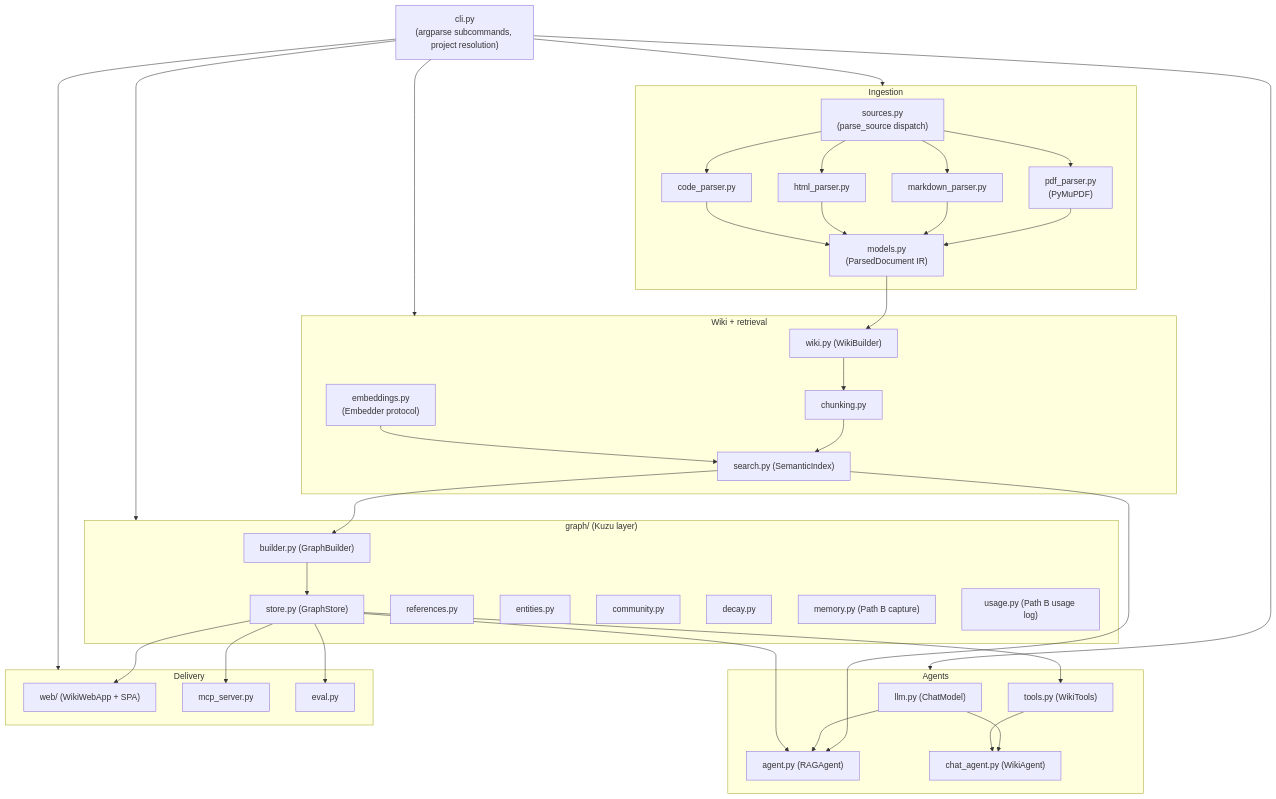
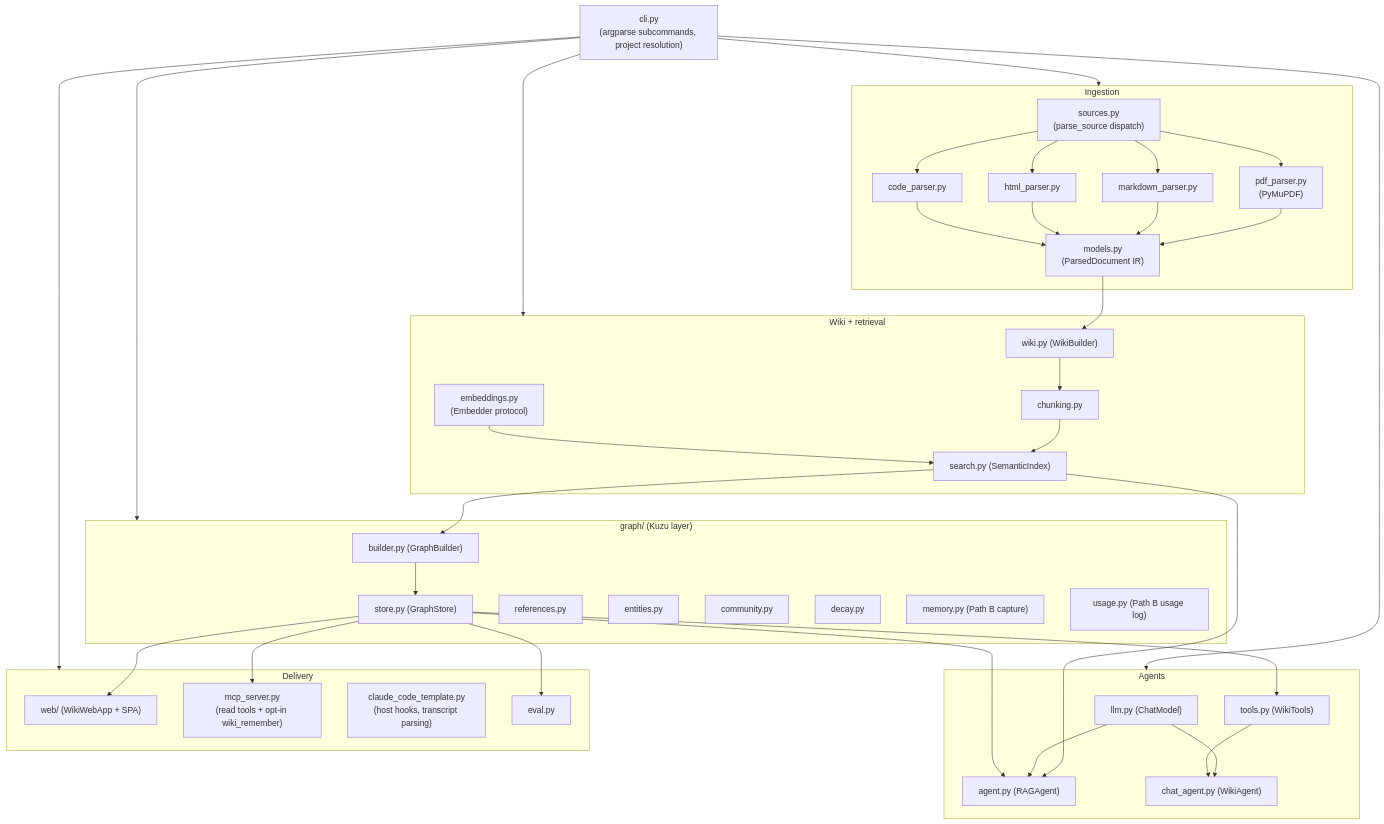
One commit to Neuroant/OpenWiki changed the first of 3 diagrams in docs/arc42/05-building-block-view.md. Above: the diagram before and after it, drawn with Mermaid. The commit also changed other lines of this file and 11 other files, not shown here.

````diff
--- a/docs/arc42/05-building-block-view.md
+++ b/docs/arc42/05-building-block-view.md
@@ -28,55 +28,56 @@
 ```mermaid
 flowchart TB
   cli["cli.py\n(argparse subcommands, project resolution)"]
 
   subgraph ingest["Ingestion"]
     sources["sources.py\n(parse_source dispatch)"]
     pdf["pdf_parser.py\n(PyMuPDF)"]
     md["markdown_parser.py"]
     html["html_parser.py"]
     code["code_parser.py"]
     models["models.py\n(ParsedDocument IR)"]
     sources --> pdf & md & html & code --> models
   end
 
   subgraph wikigen["Wiki + retrieval"]
     wiki["wiki.py (WikiBuilder)"]
     chunking["chunking.py"]
     embeddings["embeddings.py\n(Embedder protocol)"]
     search["search.py (SemanticIndex)"]
     models --> wiki --> chunking --> search
     embeddings --> search
   end
 
   subgraph agents["Agents"]
     llm["llm.py (ChatModel)"]
     agent["agent.py (RAGAgent)"]
     tools["tools.py (WikiTools)"]
     chat_agent["chat_agent.py (WikiAgent)"]
     search --> agent
     llm --> agent & chat_agent
     tools --> chat_agent
   end
 
   subgraph graphpkg["graph/ (Kuzu layer)"]
     builder["builder.py (GraphBuilder)"]
     store["store.py (GraphStore)"]
     references["references.py"]
     entities["entities.py"]
     community["community.py"]
     decay["decay.py"]
     memory["memory.py (Path B capture)"]
     usage["usage.py (Path B usage log)"]
     builder --> store
   end
 
   subgraph delivery["Delivery"]
     web["web/ (WikiWebApp + SPA)"]
-    mcp["mcp_server.py"]
+    mcp["mcp_server.py\n(read tools + opt-in wiki_remember)"]
+    hooks["claude_code_template.py\n(host hooks, transcript parsing)"]
     evalm["eval.py"]
   end
 
   cli --> ingest & wikigen & agents & graphpkg & delivery
   search --> builder
   store --> agent & tools & web & mcp & evalm
 ```
````
